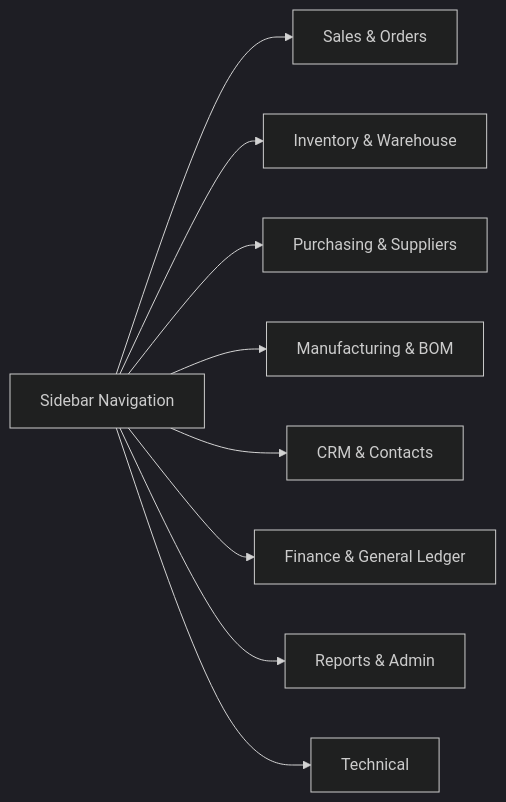
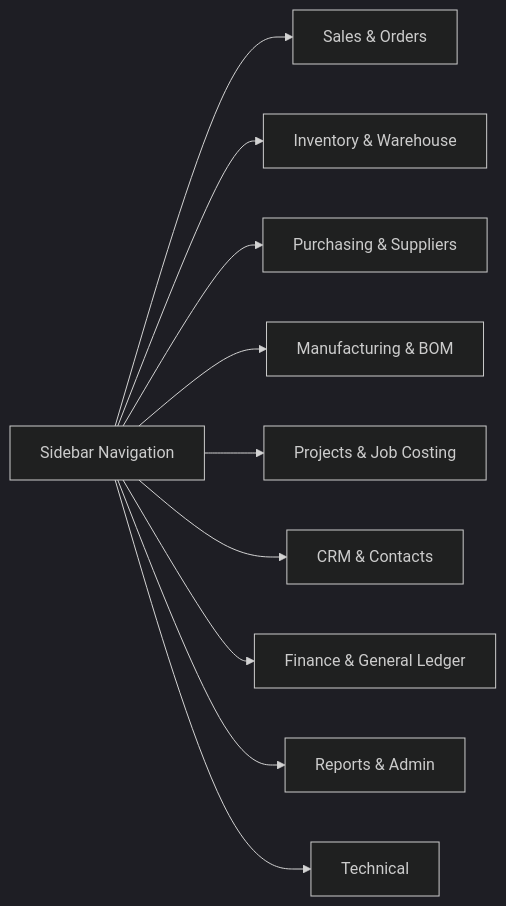
Before and after one commit to herobmdotcom/herobm: the diagram in docs/user/overview.md, drawn with Mermaid (dark theme). The commit also changed other lines of this file and 976 other files, not shown here.

````diff
--- a/docs/user/overview.md
+++ b/docs/user/overview.md
@@ -38,11 +39,12 @@
 ```mermaid
 flowchart LR
     A[Sidebar Navigation] --> B[Sales & Orders]
     A --> C[Inventory & Warehouse]
     A --> D[Purchasing & Suppliers]
     A --> E[Manufacturing & BOM]
-    A --> F[CRM & Contacts]
-    A --> G[Finance & General Ledger]
-    A --> H[Reports & Admin]
-    A --> I[Technical]
+    A --> F[Projects & Job Costing]
+    A --> G[CRM & Contacts]
+    A --> H[Finance & General Ledger]
+    A --> I[Reports & Admin]
+    A --> J[Technical]
 ```
````
